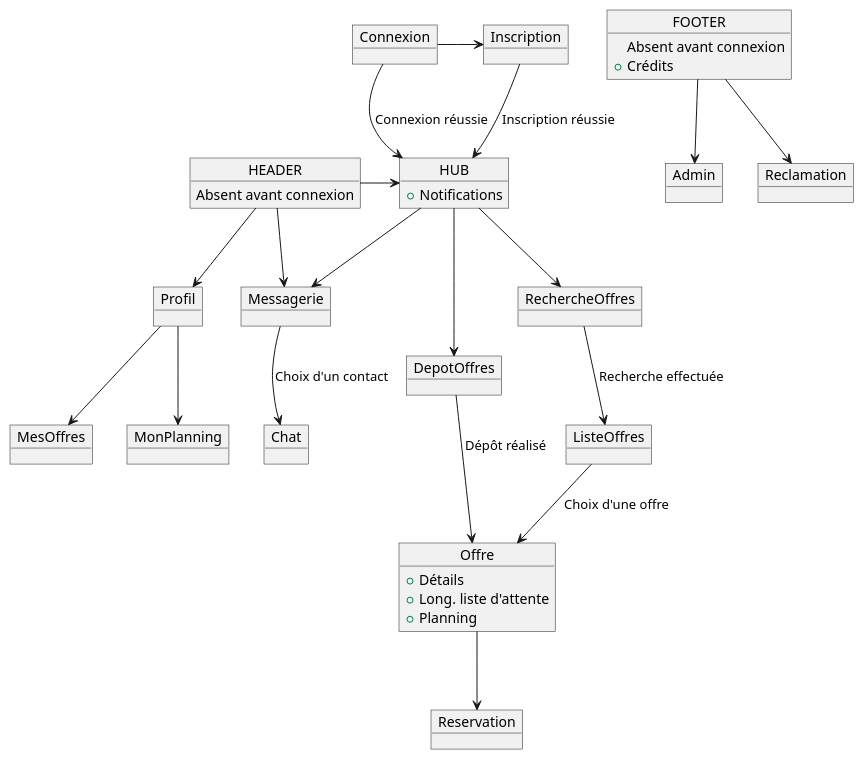
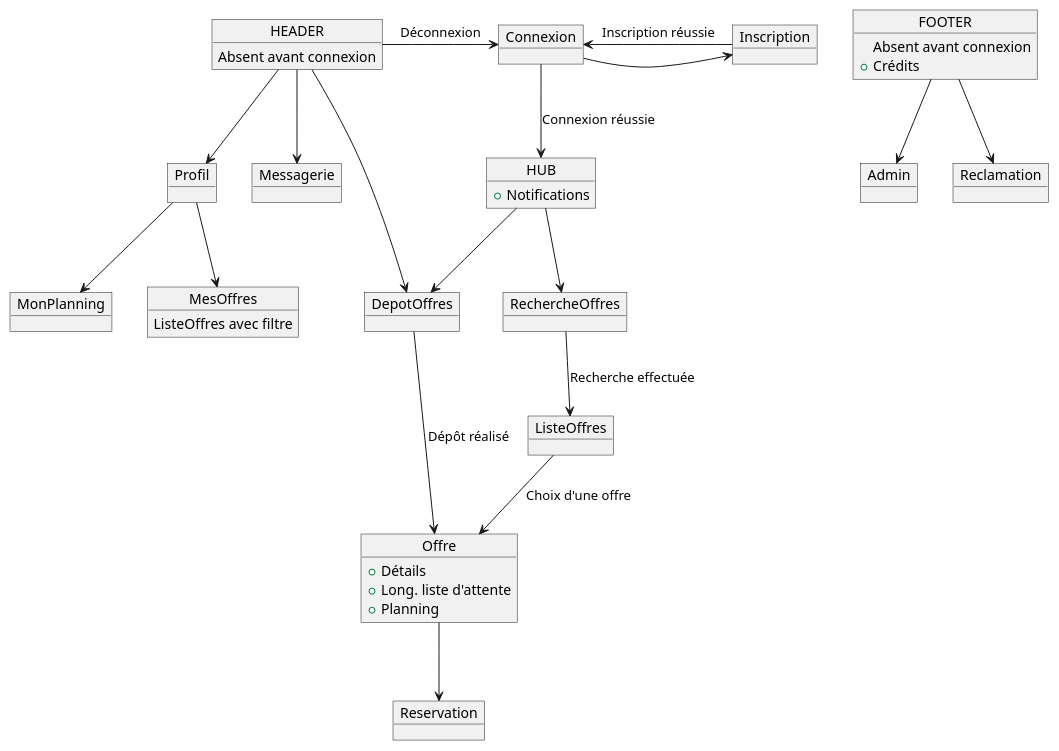
One commit to LeBoufty/codingweek changed the diagram in docu/pages.pu. Above: the diagram before and after it, drawn with PlantUML.

Commit message:
Update pages

```diff
--- a/docu/pages.pu
+++ b/docu/pages.pu
@@ -1,46 +1,45 @@
 @startuml "Pages"
 object Connexion
 object Inscription
 object HUB
 object Messagerie
-object Chat 
 object RechercheOffres
 object DepotOffres
 object ListeOffres
 object Offre
 object Reservation
 object HEADER
 object FOOTER
 object Profil
 object MesOffres
 object MonPlanning
 object Admin
 object Reclamation
 
 Connexion -> Inscription : ""
-Connexion -> HUB : "Connexion réussie"
-Inscription -down-> HUB : "Inscription réussie"
-HUB -down-> Messagerie : ""
+Connexion -down-> HUB : "Connexion réussie"
+Inscription -> Connexion : "Inscription réussie"
 HUB -down-> RechercheOffres : ""
-HEADER -> HUB : ""
-HEADER -> Messagerie : ""
+HEADER -> DepotOffres : ""
+HEADER -down-> Messagerie : ""
 HEADER -down-> Profil : ""
+HEADER -> Connexion : "Déconnexion"
 Profil -down-> MesOffres : ""
 Profil -down-> MonPlanning : ""
 HUB -down-> DepotOffres : ""
 RechercheOffres -down-> ListeOffres : "Recherche effectuée"
 ListeOffres -down-> Offre : "Choix d'une offre"
 Offre -down-> Reservation : ""
 DepotOffres -down-> Offre : "Dépôt réalisé"
-Messagerie -down-> Chat : "Choix d'un contact"
 FOOTER -down-> Reclamation : ""
 FOOTER -down-> Admin : ""
 
 HEADER : Absent avant connexion
 FOOTER : Absent avant connexion
+MesOffres : ListeOffres avec filtre
 HUB : + Notifications
 FOOTER : + Crédits
 Offre : + Détails
 Offre : + Long. liste d'attente
 Offre : + Planning
 @enduml
```
